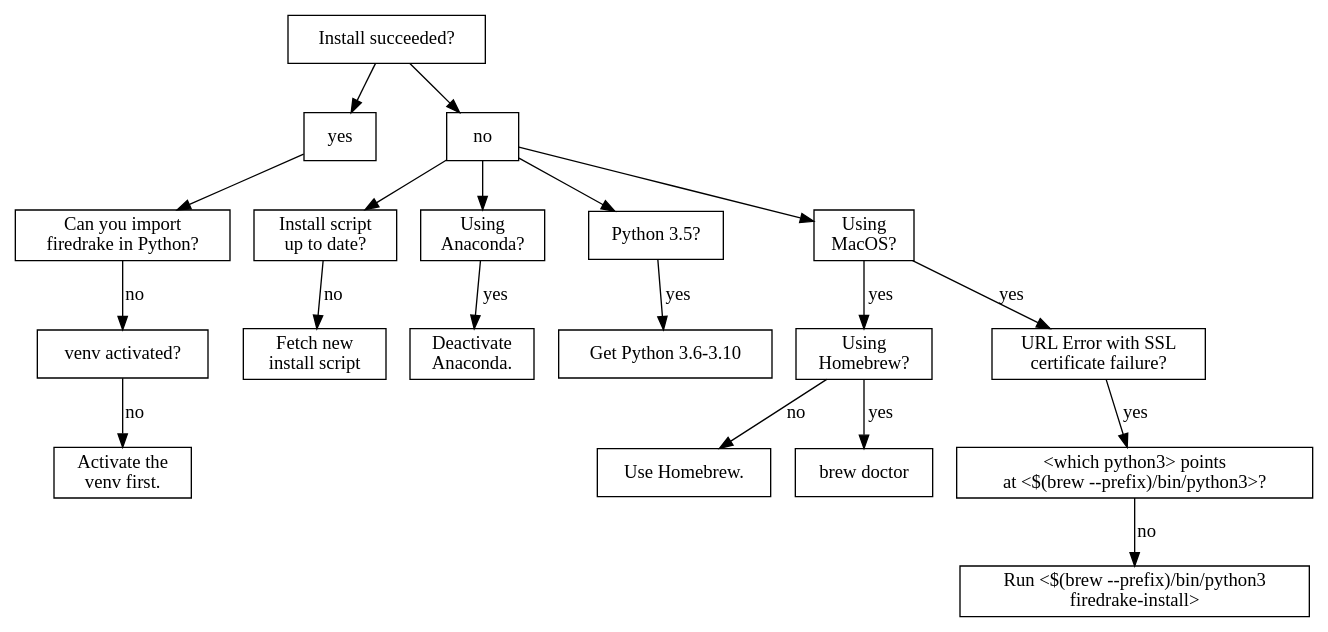
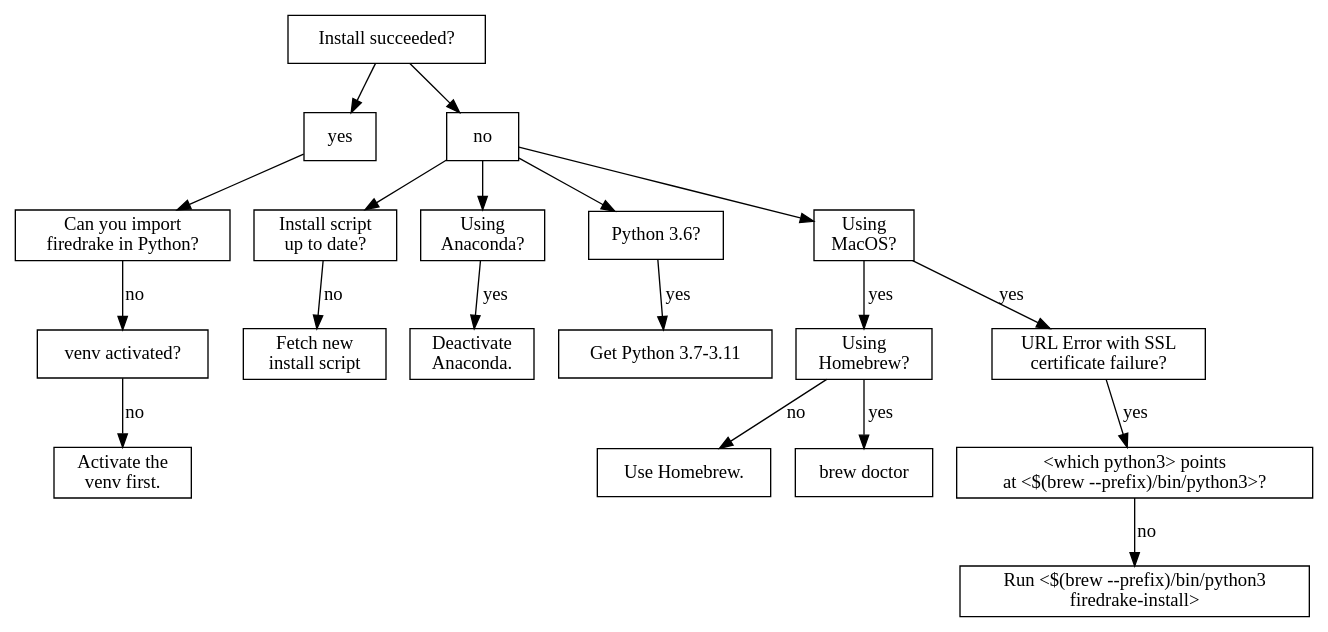
One commit to firedrakeproject/firedrake changed the diagram in docs/source/install-debug.dot. Above: the diagram before and after it, drawn with Graphviz. The commit also changed 1 other file, not shown here.

Commit message:
Update docs for Python 3.7-3.11 shift

```diff
--- a/docs/source/install-debug.dot
+++ b/docs/source/install-debug.dot
@@ -1,41 +1,41 @@
 digraph triage {
     node [shape=rect];
 
     can_install [label="Install succeeded?"];
     install_succeeded [label="yes"];
     install_failed [label="no"];
     can_import [label="Can you import\nfiredrake in Python?"];
     venv_activated [label="venv activated?"];
     install_script_up_to_date [label="Install script\nup to date?"];
     using_anaconda [label="Using\nAnaconda?"];
-    python_version [label="Python 3.5?"];
+    python_version [label="Python 3.6?"];
     using_macos [label="Using\nMacOS?"];
     using_homebrew [label="Using\nHomebrew?"];
     url_error [label="URL Error with SSL\ncertificate failure?"];
     which_python [label="<which python3> points\nat <$(brew --prefix)/bin/python3>?"];
 
     activate_venv [label="Activate the\nvenv first."];
     uninstall_anaconda [label="Deactivate\nAnaconda."];
-    update_python [label="Get Python 3.6-3.10"];
+    update_python [label="Get Python 3.7-3.11"];
     update_install_script [label="Fetch new\ninstall script"];
     get_homebrew [label="Use Homebrew."];
     brew_doctor [label="brew doctor"];
     explicit_path [label="Run <$(brew --prefix)/bin/python3\n firedrake-install>"];
 
     can_install -> install_succeeded;
     install_succeeded -> can_import;
     can_import -> venv_activated [label="no"];
     venv_activated -> activate_venv [label="no"];
 
     can_install -> install_failed;
     install_failed -> {install_script_up_to_date, using_anaconda, python_version, using_macos};
     install_script_up_to_date -> update_install_script [label="no"];
     python_version -> update_python [label="yes"];
     using_anaconda -> uninstall_anaconda [label="yes"];
     using_macos -> using_homebrew [label="yes"];
     using_homebrew -> get_homebrew [label="no"];
     using_homebrew -> brew_doctor [label="yes"];
     using_macos -> url_error [label="yes"];
     url_error -> which_python [label="yes"];
     which_python -> explicit_path [label="no"];
 }
```
